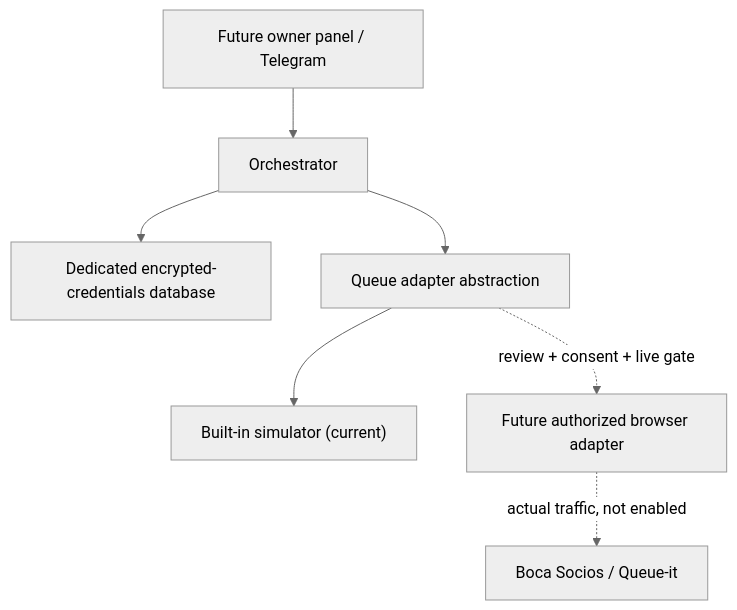
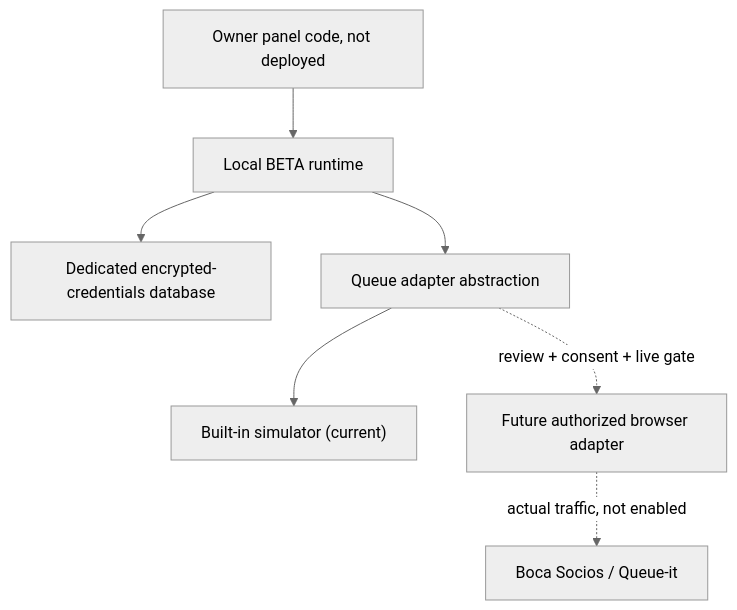
One commit to mbalbo2023/boca-socios-assistant changed the diagram in docs/ARCHITECTURE.md. Above: the diagram before and after it, drawn with Mermaid (neutral theme). The commit also changed other lines of this file and 17 other files, not shown here.

```diff
--- a/docs/ARCHITECTURE.md
+++ b/docs/ARCHITECTURE.md
@@ -5,9 +5,9 @@
 ~~~mermaid
 flowchart TD
-  UI["Future owner panel / Telegram"] --> APP["Orchestrator"]
+  UI["Owner panel code, not deployed"] --> APP["Local BETA runtime"]
   APP --> DB["Dedicated encrypted-credentials database"]
   APP --> QUEUE["Queue adapter abstraction"]
   QUEUE --> SIM["Built-in simulator (current)"]
   QUEUE -. "review + consent + live gate" .-> LIVE["Future authorized browser adapter"]
   LIVE -. "actual traffic, not enabled" .-> BOCA["Boca Socios / Queue-it"]
 ~~~
```
